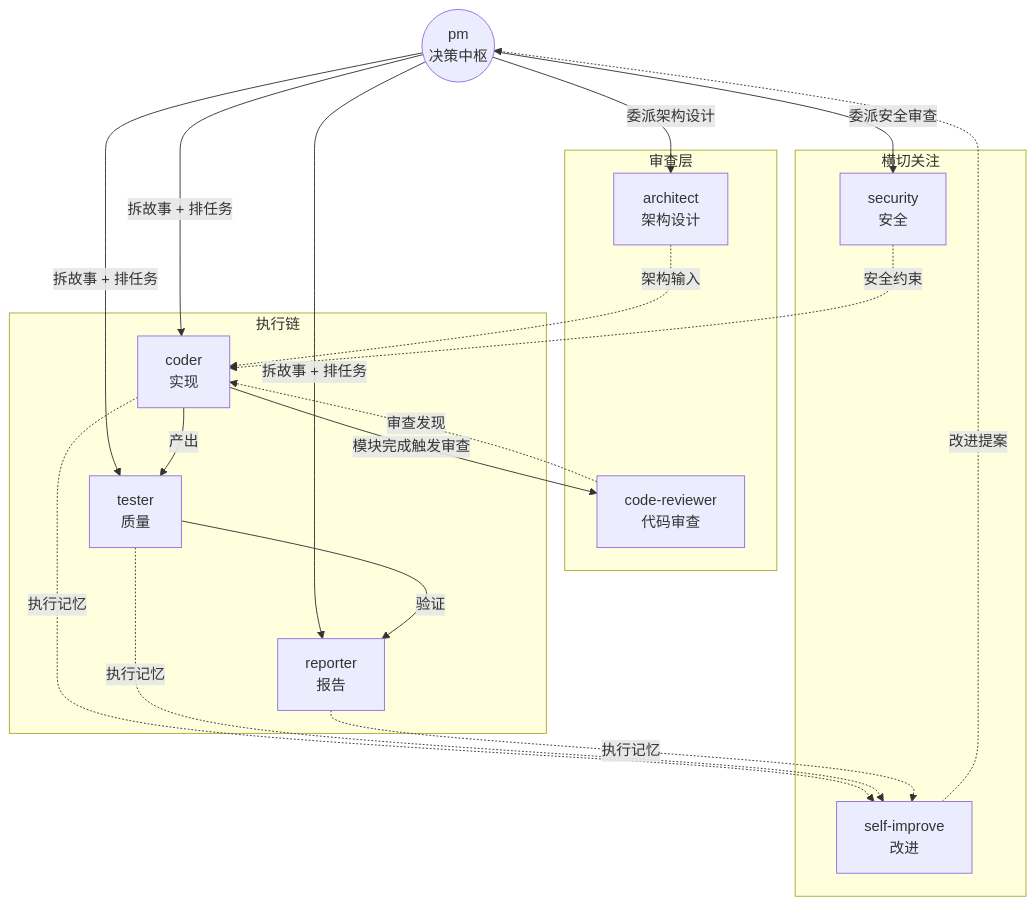
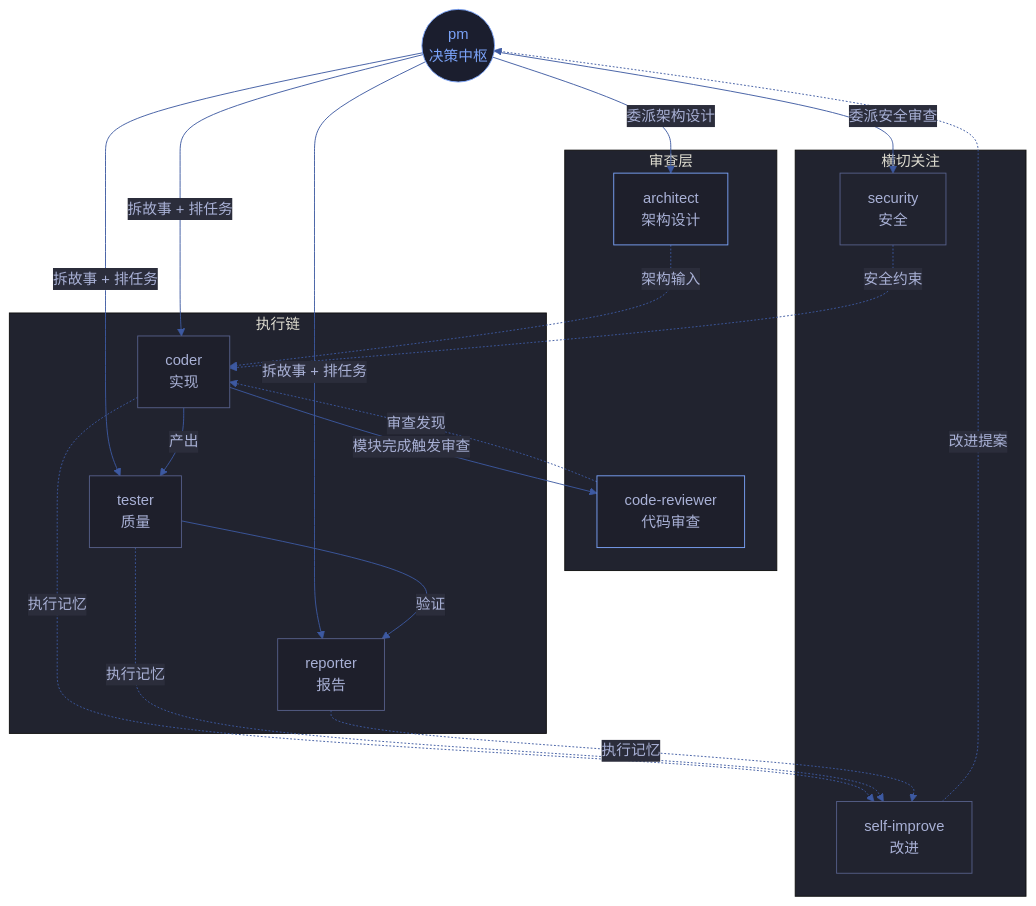
One commit to effiy/YrY changed the first of 8 diagrams in agents/AGENT.md. Above: the diagram before and after it, drawn with Mermaid. The commit also changed other lines of this file and 42 other files, not shown here.

First line of the commit message:
feat: apply Mermaid authoring rules (M1-M12) across entire codebase

````diff
--- a/agents/AGENT.md
+++ b/agents/AGENT.md
@@ -11,33 +11,47 @@
 ```mermaid
+%%{init: {'theme': 'base', 'themeVariables': {
+  'primaryColor': '#1e1f2b',
+  'primaryTextColor': '#a9b1d6',
+  'primaryBorderColor': '#3d59a1',
+  'lineColor': '#3d59a1',
+  'secondaryColor': '#2b2d3b',
+  'tertiaryColor': '#21232f'
+}}}%%
 flowchart TB
     pm(("pm<br/>决策中枢")):::core
 
     subgraph 执行链["执行链"]
-        coder[coder<br/>实现]:::exec
+        coder["coder<br/>实现"]:::exec
         tester[tester<br/>质量]:::exec
         reporter[reporter<br/>报告]:::exec
     end
 
     subgraph 审查["审查层"]
         cr[code-reviewer<br/>代码审查]:::review
         architect[architect<br/>架构设计]:::review
     end
 
     subgraph 横切["横切关注"]
         security[security<br/>安全]:::cross
         si[self-improve<br/>改进]:::cross
     end
 
     pm -->|委派安全审查| security
     pm -->|委派架构设计| architect
     pm -->|拆故事 + 排任务| coder & tester & reporter
     coder -->|产出| tester
     tester -->|验证| reporter
     coder -->|模块完成触发审查| cr
     cr -.审查发现.-> coder
     architect -.架构输入.-> coder
     security -.安全约束.-> coder
     si -.改进提案.-> pm
     coder & tester & reporter -.执行记忆.-> si
 
+    classDef core fill:#1b1e2e,stroke:#7aa2f7,color:#7aa2f7
+    classDef exec fill:#1e1f2b,stroke:#565f89,color:#a9b1d6
+    classDef review fill:#1e1f2b,stroke:#7aa2f7,color:#a9b1d6
+    classDef cross fill:#21232f,stroke:#565f89,color:#a9b1d6
+
+
 ```
````
